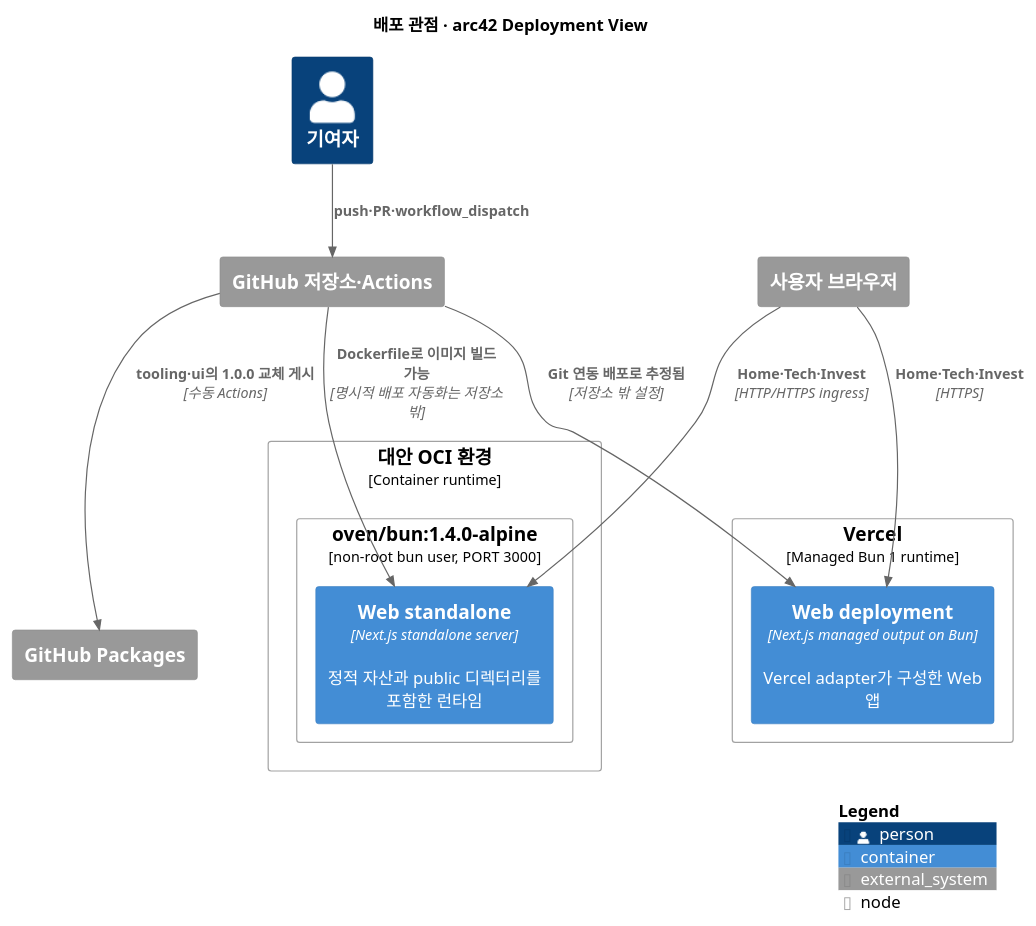
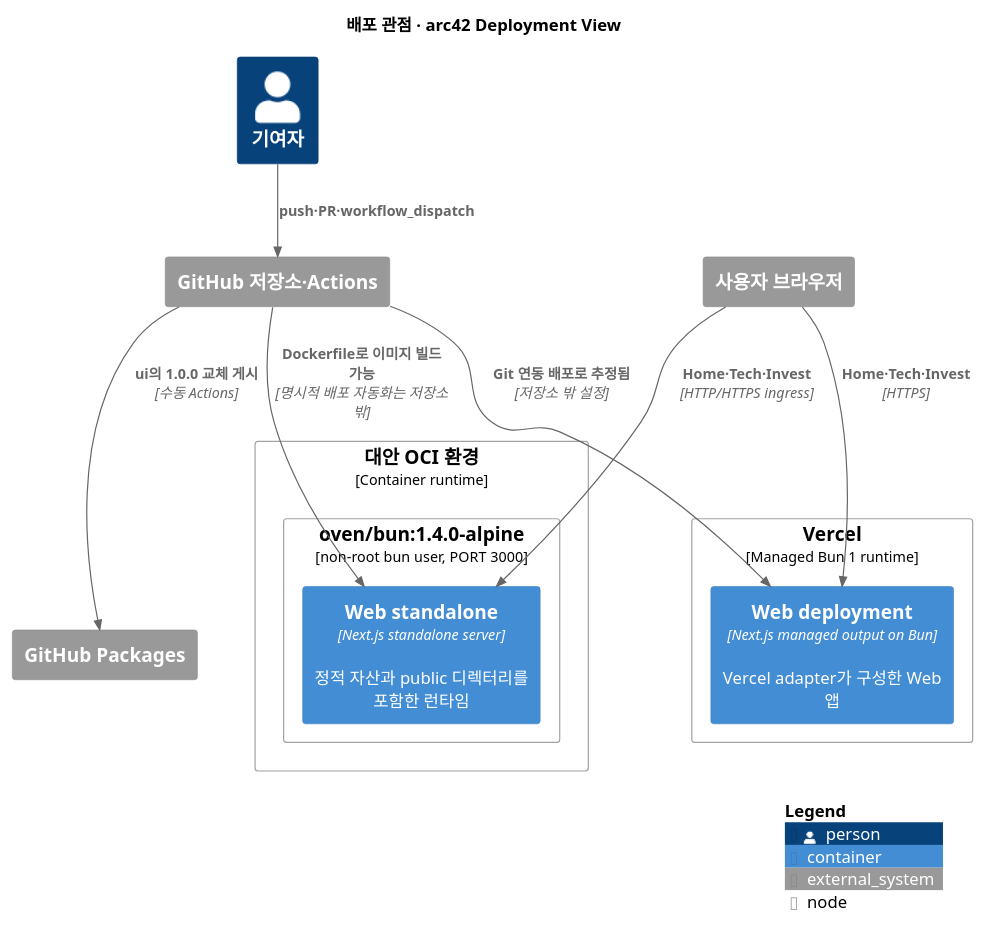
One commit to jongminchung/jongminchung changed the diagram in docs/diagrams/onboarding-deployment.puml. Above: the diagram before and after it, drawn with PlantUML. The commit also changed 35 other files, not shown here.

```diff
--- a/docs/diagrams/onboarding-deployment.puml
+++ b/docs/diagrams/onboarding-deployment.puml
@@ -1,30 +1,30 @@
 @startuml
 !include <C4/C4_Deployment>
 
 title 배포 관점 · arc42 Deployment View
 
 Person(developer, "기여자")
 System_Ext(github, "GitHub 저장소·Actions")
 
 Deployment_Node(vercel, "Vercel", "Managed Bun 1 runtime") {
   Container(vercelWeb, "Web deployment", "Next.js managed output on Bun", "Vercel adapter가 구성한 Web 앱")
 }
 
 Deployment_Node(oci, "대안 OCI 환경", "Container runtime") {
   Deployment_Node(container, "oven/bun:1.4.0-alpine", "non-root bun user, PORT 3000") {
     Container(standaloneWeb, "Web standalone", "Next.js standalone server", "정적 자산과 public 디렉터리를 포함한 런타임")
   }
 }
 
 System_Ext(browser, "사용자 브라우저")
 System_Ext(registry, "GitHub Packages")
 
 Rel(developer, github, "push·PR·workflow_dispatch")
 Rel(github, vercelWeb, "Git 연동 배포로 추정됨", "저장소 밖 설정")
 Rel(github, standaloneWeb, "Dockerfile로 이미지 빌드 가능", "명시적 배포 자동화는 저장소 밖")
 Rel(browser, vercelWeb, "Home·Tech·Invest", "HTTPS")
 Rel(browser, standaloneWeb, "Home·Tech·Invest", "HTTP/HTTPS ingress")
-Rel(github, registry, "tooling·ui의 1.0.0 교체 게시", "수동 Actions")
+Rel(github, registry, "ui의 1.0.0 교체 게시", "수동 Actions")
 
 SHOW_LEGEND()
 @enduml
```
